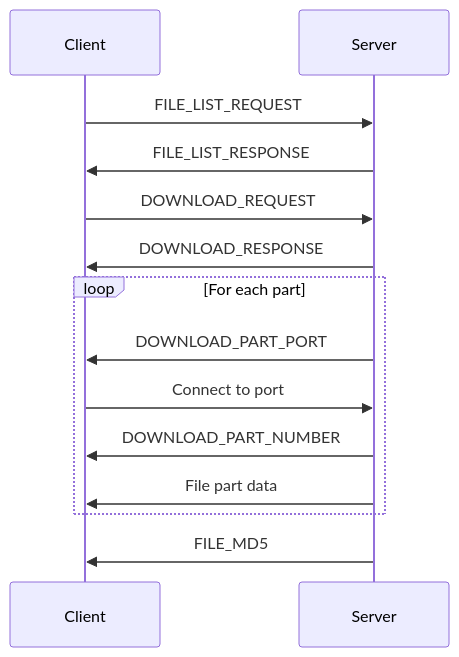
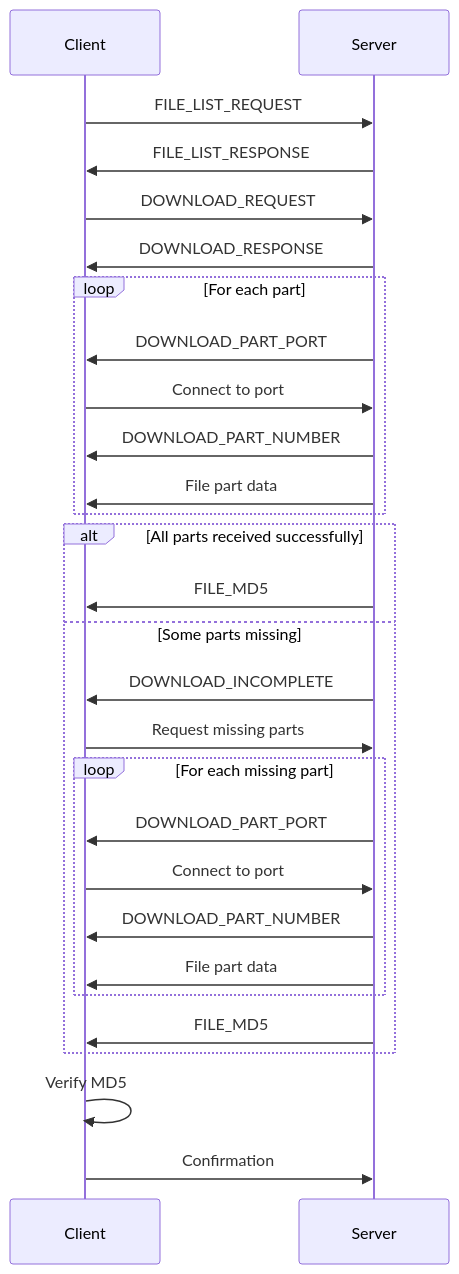
Before and after one commit to petiheo/TransferTrail: the seventh of 8 diagrams in README.md, drawn with Mermaid. The commit also changed other lines of this file and 1 other file, not shown here.

````diff
--- a/README.md
+++ b/README.md
@@ -334,17 +336,32 @@
 ```mermaid
 sequenceDiagram
     participant Client
     participant Server
 
     Client->>Server: FILE_LIST_REQUEST
     Server->>Client: FILE_LIST_RESPONSE
     Client->>Server: DOWNLOAD_REQUEST
     Server->>Client: DOWNLOAD_RESPONSE
     loop For each part
         Server->>Client: DOWNLOAD_PART_PORT
         Client->>Server: Connect to port
         Server->>Client: DOWNLOAD_PART_NUMBER
         Server->>Client: File part data
     end
-    Server->>Client: FILE_MD5
+    alt All parts received successfully
+        Server->>Client: FILE_MD5
+    else Some parts missing
+        Server->>Client: DOWNLOAD_INCOMPLETE
+        Client->>Server: Request missing parts
+        loop For each missing part
+            Server->>Client: DOWNLOAD_PART_PORT
+            Client->>Server: Connect to port
+            Server->>Client: DOWNLOAD_PART_NUMBER
+            Server->>Client: File part data
+        end
+        Server->>Client: FILE_MD5
+    end
+    Client->>Client: Verify MD5
+    Client->>Server: Confirmation
+
 ```
````
